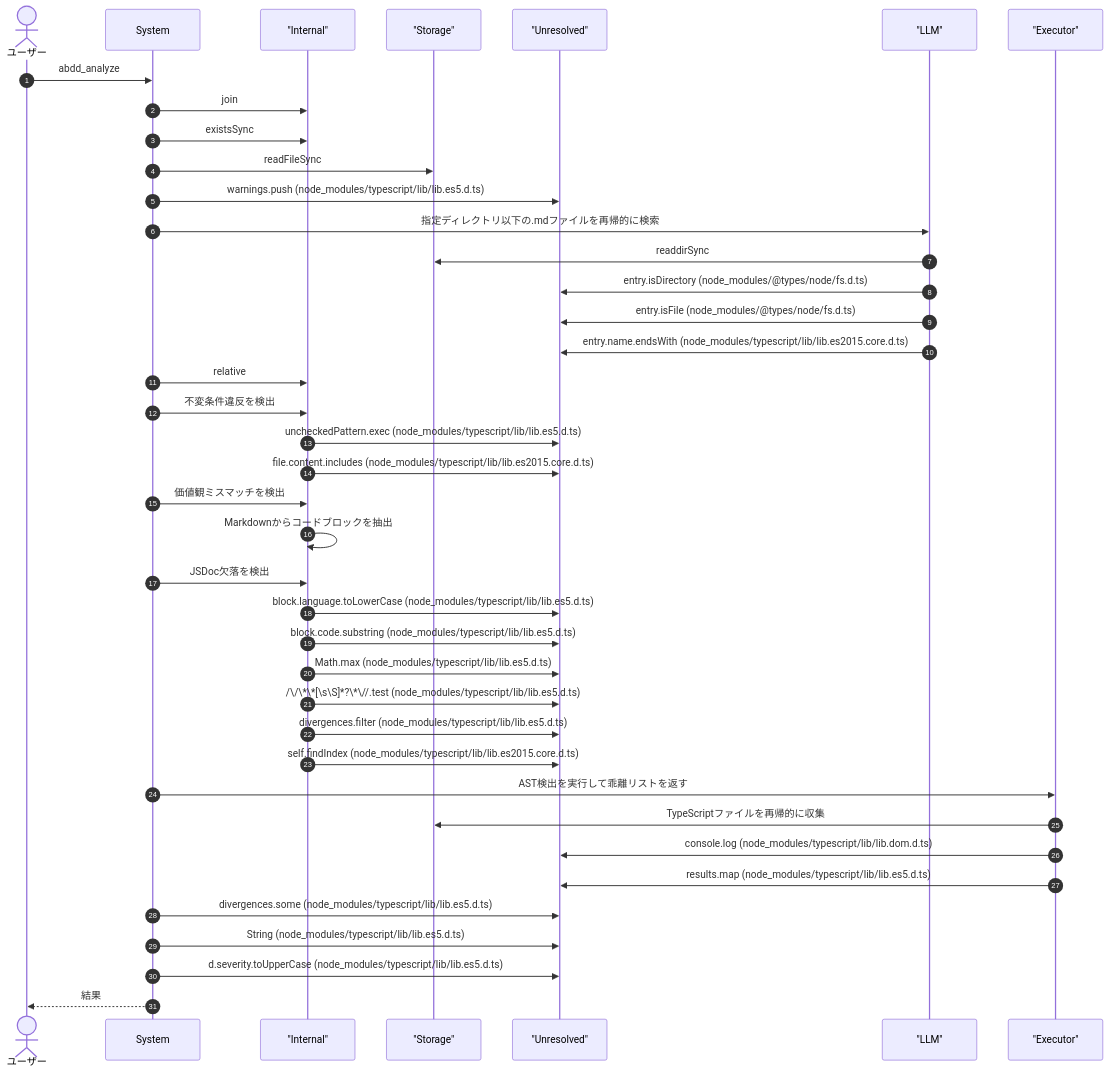
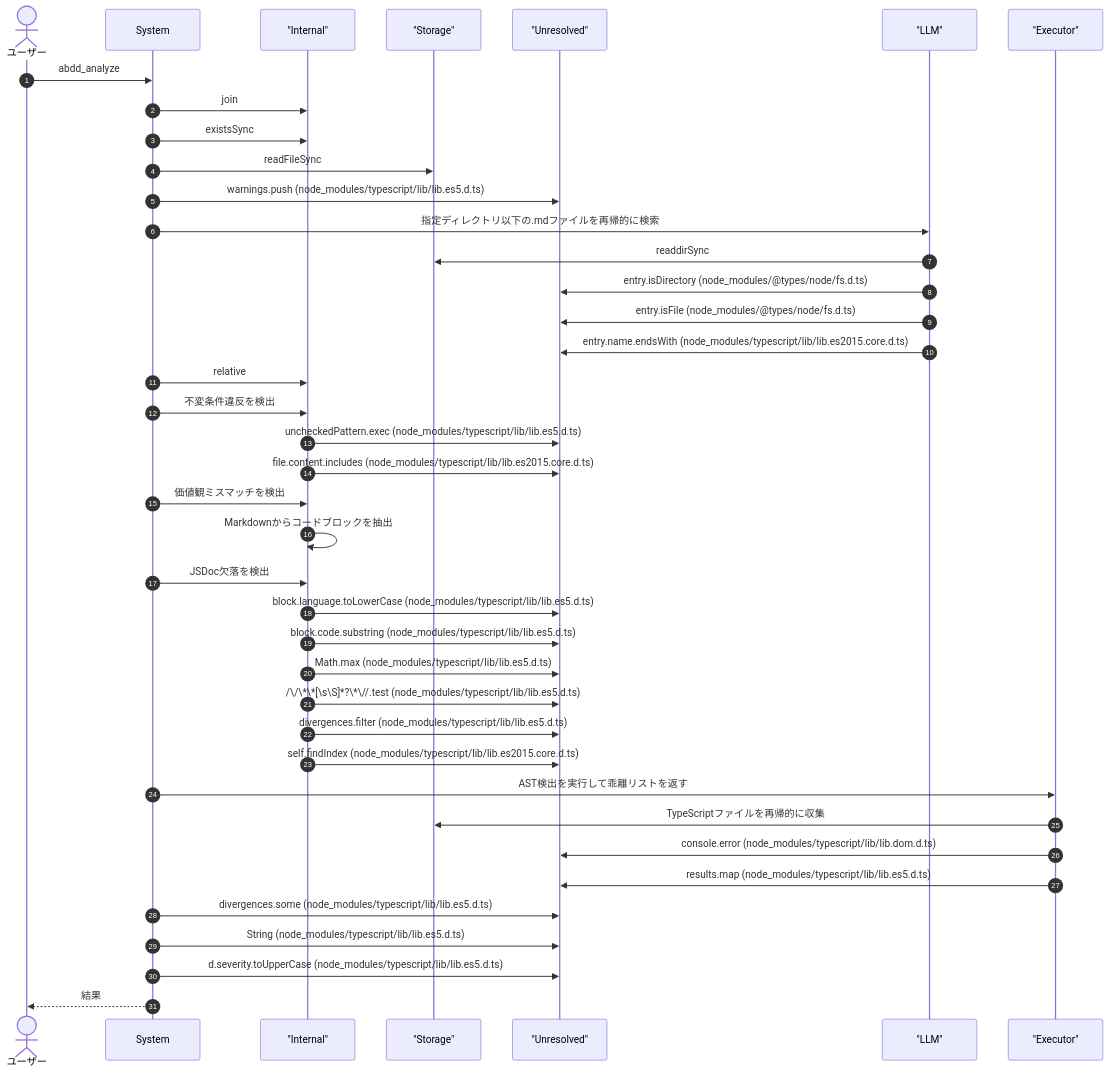
Before and after one commit to Mekann2904/mekann: the fourth of 7 diagrams in ABDD/.pi/extensions/abdd.md, drawn with Mermaid. The commit also changed other lines of this file and 189 other files, not shown here.

````diff
--- a/ABDD/.pi/extensions/abdd.md
+++ b/ABDD/.pi/extensions/abdd.md
@@ -134,44 +134,44 @@
 ```mermaid
 sequenceDiagram
   autonumber
   actor User as ユーザー
   participant System as System
   participant Internal as "Internal"
   participant Storage as "Storage"
   participant Unresolved as "Unresolved"
   participant LLM as "LLM"
   participant Executor as "Executor"
 
   User->>System: abdd_analyze
   System->>Internal: join
   System->>Internal: existsSync
   System->>Storage: readFileSync
   System->>Unresolved: warnings.push (node_modules/typescript/lib/lib.es5.d.ts)
   System->>LLM: 指定ディレクトリ以下の.mdファイルを再帰的に検索
   LLM->>Storage: readdirSync
   LLM->>Unresolved: entry.isDirectory (node_modules/@types/node/fs.d.ts)
   LLM->>Unresolved: entry.isFile (node_modules/@types/node/fs.d.ts)
   LLM->>Unresolved: entry.name.endsWith (node_modules/typescript/lib/lib.es2015.core.d.ts)
   System->>Internal: relative
   System->>Internal: 不変条件違反を検出
   Internal->>Unresolved: uncheckedPattern.exec (node_modules/typescript/lib/lib.es5.d.ts)
   Internal->>Unresolved: file.content.includes (node_modules/typescript/lib/lib.es2015.core.d.ts)
   System->>Internal: 価値観ミスマッチを検出
   Internal->>Internal: Markdownからコードブロックを抽出
   System->>Internal: JSDoc欠落を検出
   Internal->>Unresolved: block.language.toLowerCase (node_modules/typescript/lib/lib.es5.d.ts)
   Internal->>Unresolved: block.code.substring (node_modules/typescript/lib/lib.es5.d.ts)
   Internal->>Unresolved: Math.max (node_modules/typescript/lib/lib.es5.d.ts)
   Internal->>Unresolved: /\/\*\*[\s\S]*?\*\//.test (node_modules/typescript/lib/lib.es5.d.ts)
   Internal->>Unresolved: divergences.filter (node_modules/typescript/lib/lib.es5.d.ts)
   Internal->>Unresolved: self.findIndex (node_modules/typescript/lib/lib.es2015.core.d.ts)
   System->>Executor: AST検出を実行して乖離リストを返す
   Executor->>Storage: TypeScriptファイルを再帰的に収集
-  Executor->>Unresolved: console.log (node_modules/typescript/lib/lib.dom.d.ts)
+  Executor->>Unresolved: console.error (node_modules/typescript/lib/lib.dom.d.ts)
   Executor->>Unresolved: results.map (node_modules/typescript/lib/lib.es5.d.ts)
   System->>Unresolved: divergences.some (node_modules/typescript/lib/lib.es5.d.ts)
   System->>Unresolved: String (node_modules/typescript/lib/lib.es5.d.ts)
   System->>Unresolved: d.severity.toUpperCase (node_modules/typescript/lib/lib.es5.d.ts)
   System-->>User: 結果
 
 ```
````
